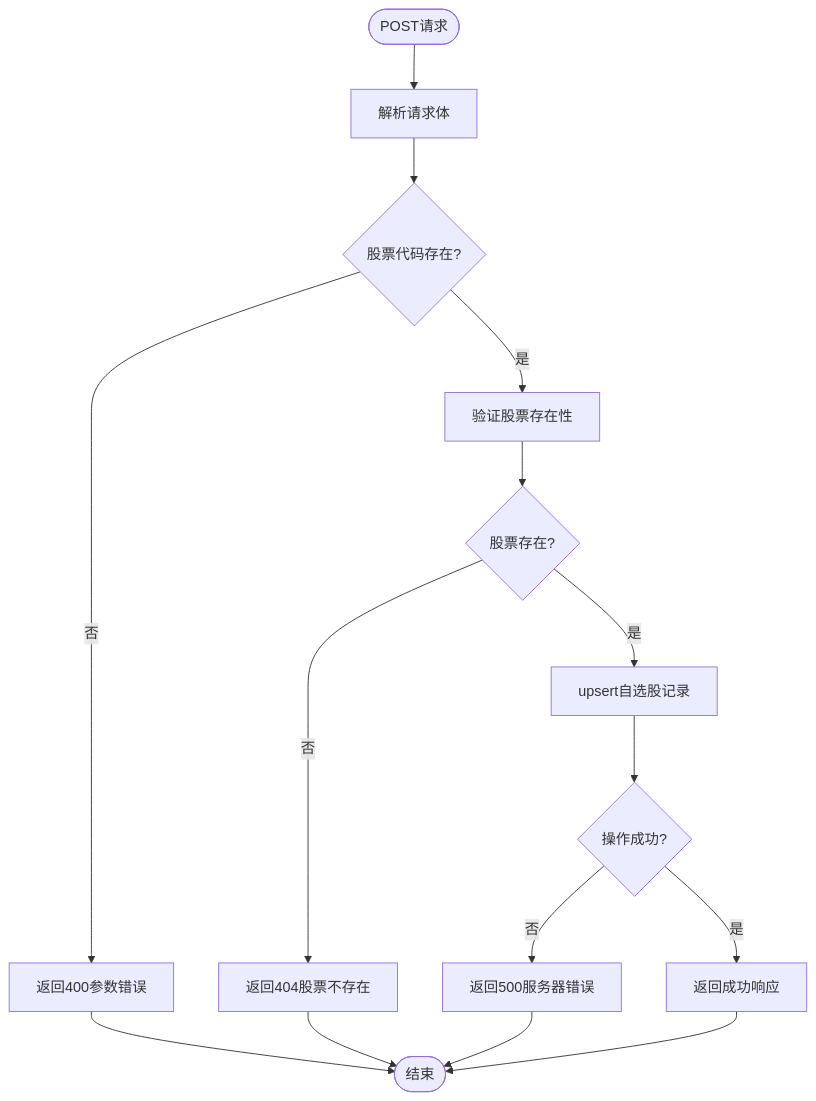
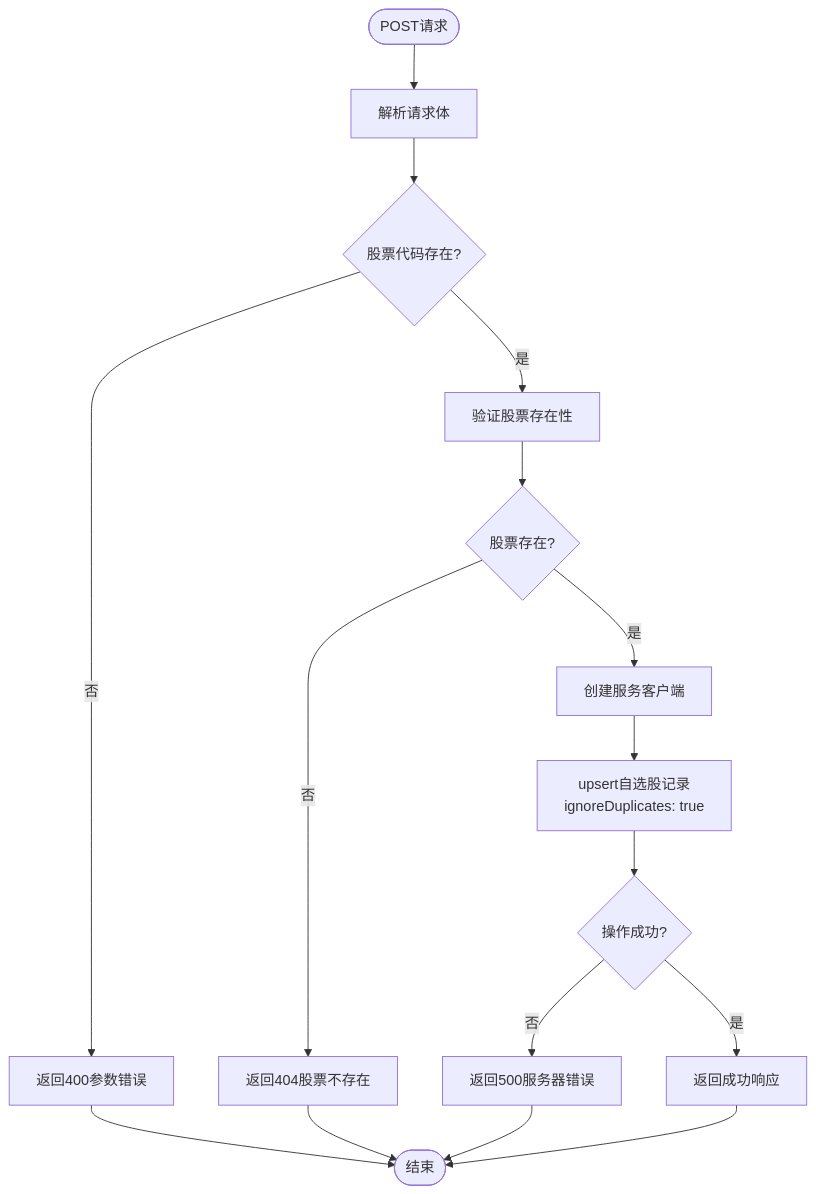
The sixth of 12 diagrams in .qoder/repowiki/zh/content/API接口文档/自选股管理API.md (javalittleman1/virtual-stock-trading), drawn with Mermaid before and after one commit. The commit also changed other lines of this file and 7 other files, not shown here.

````diff
--- a/.qoder/repowiki/zh/content/API接口文档/自选股管理API.md
+++ b/.qoder/repowiki/zh/content/API接口文档/自选股管理API.md
@@ -294,17 +317,18 @@
 ```mermaid
 flowchart TD
 Start([POST请求]) --> ParseBody["解析请求体"]
 ParseBody --> CheckSymbol{"股票代码存在?"}
 CheckSymbol --> |否| Return400["返回400参数错误"]
 CheckSymbol --> |是| ValidateStock["验证股票存在性"]
 ValidateStock --> StockExists{"股票存在?"}
 StockExists --> |否| Return404["返回404股票不存在"]
-StockExists --> |是| UpsertWatchlist["upsert自选股记录"]
+StockExists --> |是| CreateServiceClient["创建服务客户端"]
+CreateServiceClient --> UpsertWatchlist["upsert自选股记录<br/>ignoreDuplicates: true"]
 UpsertWatchlist --> CheckError{"操作成功?"}
 CheckError --> |否| Return500["返回500服务器错误"]
 CheckError --> |是| ReturnSuccess["返回成功响应"]
 Return400 --> End([结束])
 Return404 --> End
 Return500 --> End
 ReturnSuccess --> End
 ```
````
